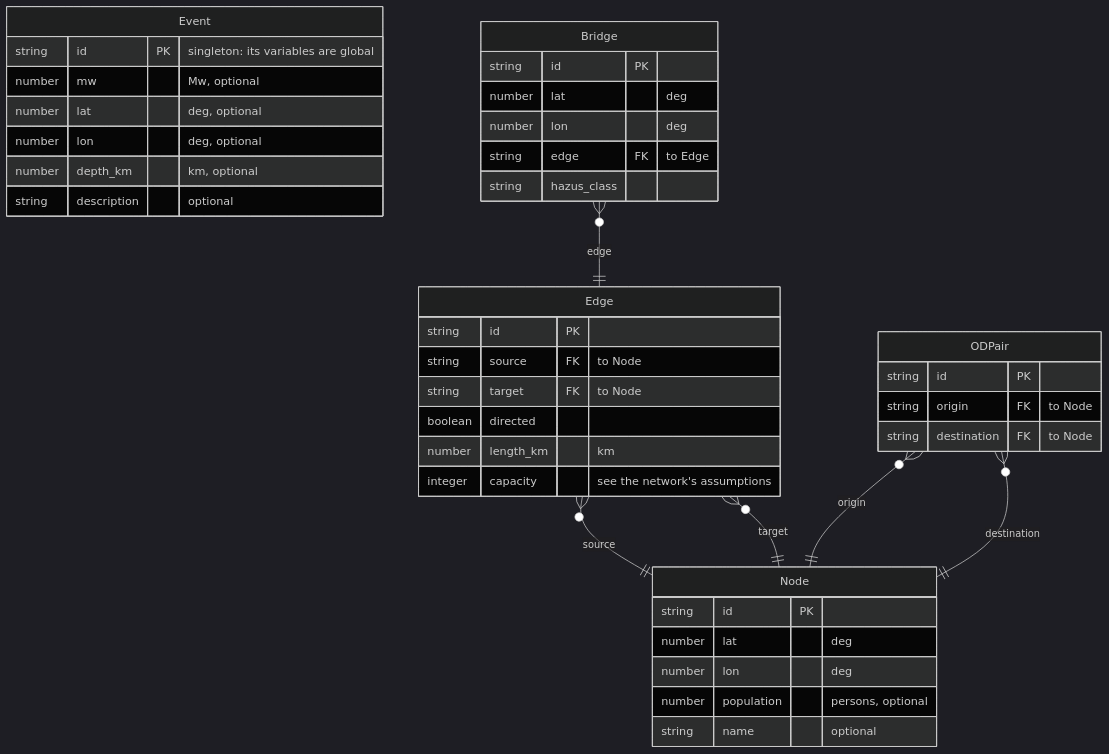
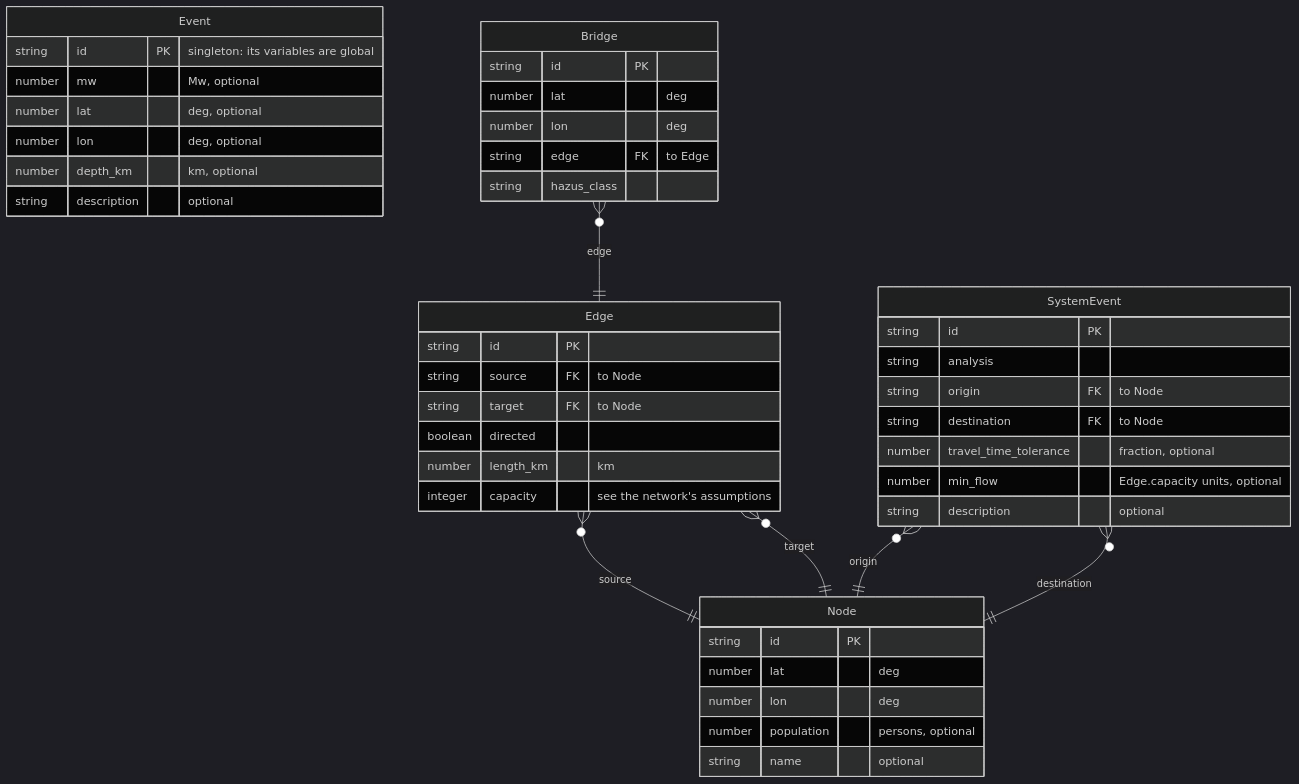
Before and after one commit to dynaryu/bn-transport-eq: the second of 2 diagrams in schema/diagram.md, drawn with Mermaid (dark theme). The commit also changed other lines of this file and 21 other files, not shown here.

First line of the commit message:
Define system events in the network: analysis, OD pair and survival threshold

````diff
--- a/schema/diagram.md
+++ b/schema/diagram.md
@@ -96,43 +100,47 @@
 ```mermaid
 erDiagram
     Event {
         string id PK "singleton: its variables are global"
         number mw "Mw, optional"
         number lat "deg, optional"
         number lon "deg, optional"
         number depth_km "km, optional"
         string description "optional"
     }
     Node {
         string id PK
         number lat "deg"
         number lon "deg"
         number population "persons, optional"
         string name "optional"
     }
     Edge {
         string id PK
         string source FK "to Node"
         string target FK "to Node"
         boolean directed
         number length_km "km"
         integer capacity "see the network's assumptions"
     }
     Bridge {
         string id PK
         number lat "deg"
         number lon "deg"
         string edge FK "to Edge"
         string hazus_class
     }
-    ODPair {
+    SystemEvent {
         string id PK
+        string analysis
         string origin FK "to Node"
         string destination FK "to Node"
+        number travel_time_tolerance "fraction, optional"
+        number min_flow "Edge.capacity units, optional"
+        string description "optional"
     }
     Edge }o--|| Node : source
     Edge }o--|| Node : target
     Bridge }o--|| Edge : edge
-    ODPair }o--|| Node : origin
-    ODPair }o--|| Node : destination
+    SystemEvent }o--|| Node : origin
+    SystemEvent }o--|| Node : destination
 ```
````
